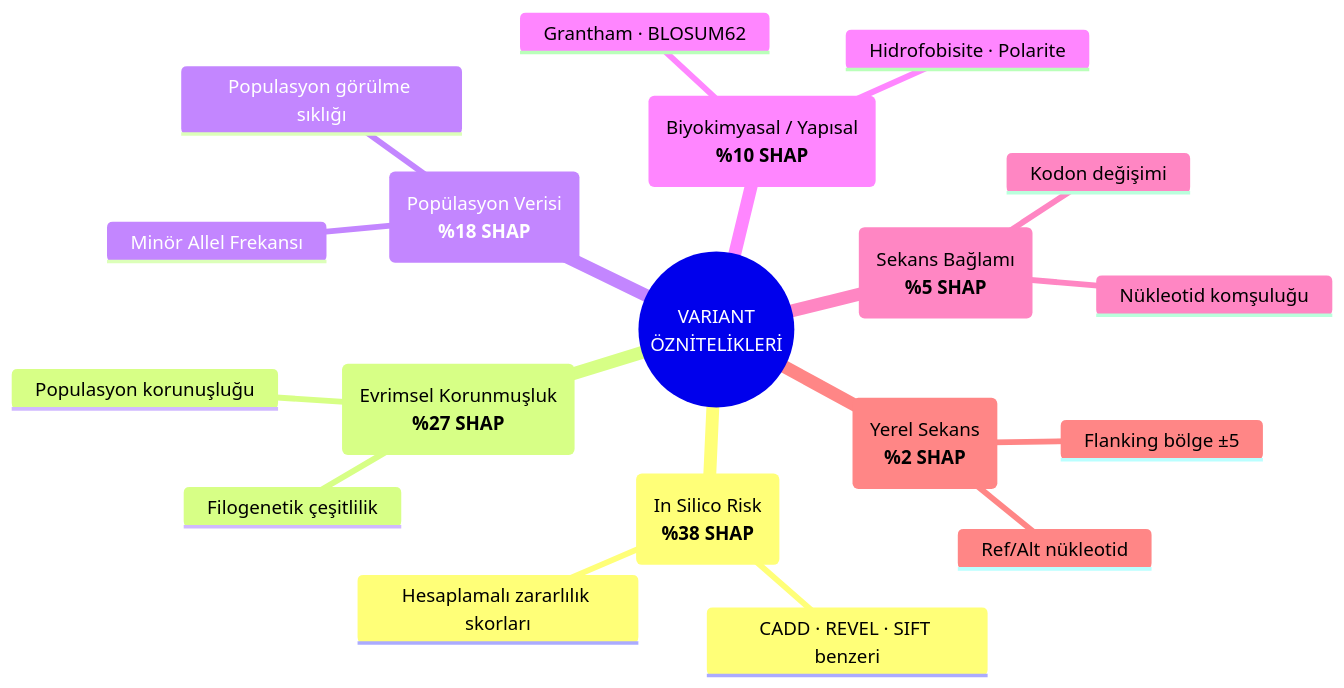
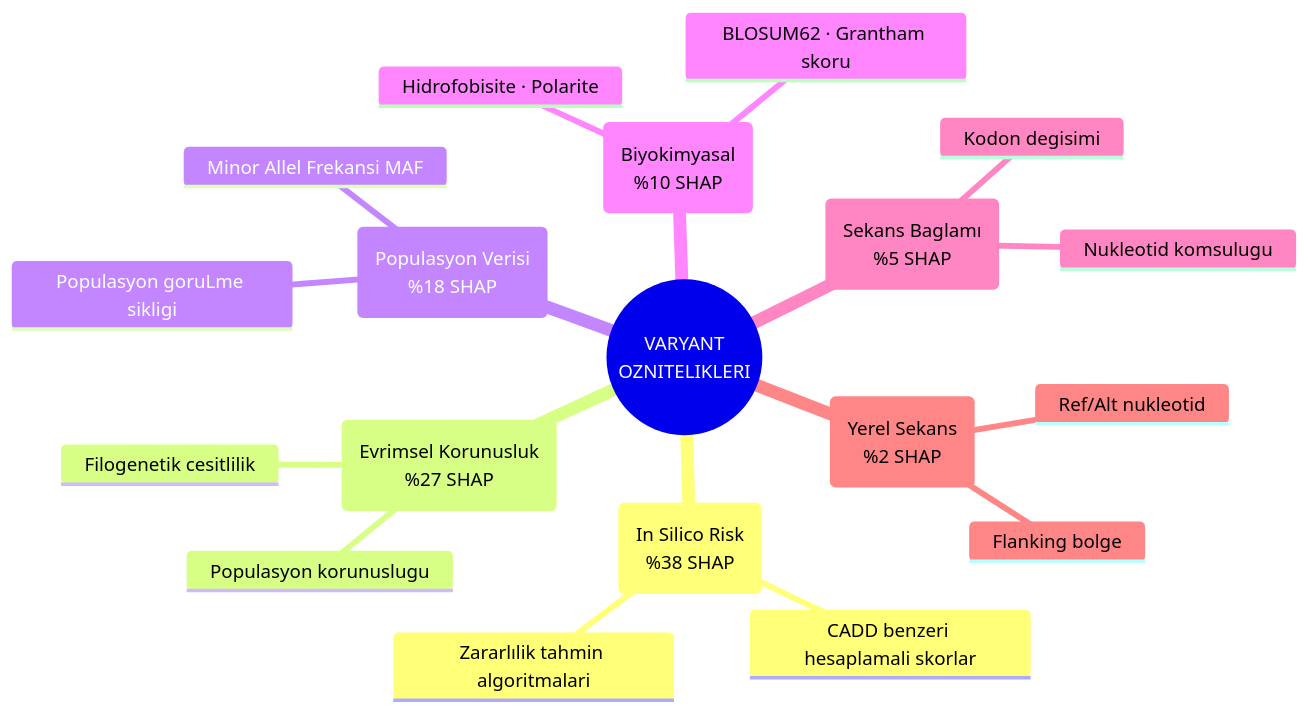
One commit to msgxr/VARIANT-GNN changed the seventh of 16 diagrams in README.md. Above: the diagram before and after it, drawn with Mermaid. The commit also changed other lines of this file, not shown here.

````diff
--- a/README.md
+++ b/README.md
@@ -457,22 +377,22 @@
 ```mermaid
 mindmap
-  root(("VARIANT<br/>ÖZNİTELİKLERİ"))
-    (In Silico Risk<br/>**%38 SHAP**)
-      CADD · REVEL · SIFT benzeri
-      Hesaplamalı zararlılık skorları
-    (Evrimsel Korunmuşluk<br/>**%27 SHAP**)
-      Filogenetik çeşitlilik
-      Populasyon korunuşluğu
-    (Popülasyon Verisi<br/>**%18 SHAP**)
-      Minör Allel Frekansı
-      Populasyon görülme sıklığı
-    (Biyokimyasal / Yapısal<br/>**%10 SHAP**)
+  root(("VARYANT<br/>OZNITELIKLERI"))
+    ("In Silico Risk<br/>%38 SHAP")
+      CADD benzeri hesaplamali skorlar
+      Zararlılik tahmin algoritmalari
+    ("Evrimsel Korunusluk<br/>%27 SHAP")
+      Filogenetik cesitlilik
+      Populasyon korunuslugu
+    ("Populasyon Verisi<br/>%18 SHAP")
+      Minor Allel Frekansi MAF
+      Populasyon goruLme sikligi
+    ("Biyokimyasal<br/>%10 SHAP")
+      BLOSUM62 · Grantham skoru
       Hidrofobisite · Polarite
-      Grantham · BLOSUM62
-    (Sekans Bağlamı<br/>**%5 SHAP**)
-      Kodon değişimi
-      Nükleotid komşuluğu
-    (Yerel Sekans<br/>**%2 SHAP**)
-      Ref/Alt nükleotid
-      Flanking bölge ±5
+    ("Sekans Baglamı<br/>%5 SHAP")
+      Kodon degisimi
+      Nukleotid komsulugu
+    ("Yerel Sekans<br/>%2 SHAP")
+      Ref/Alt nukleotid
+      Flanking bolge
 ```
````
